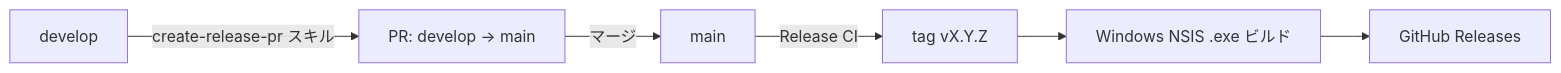
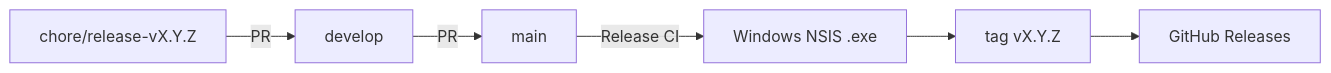
One commit to topea-3/craft-post-app changed the diagram in docs/project-setup/release-workflow.md. Above: the diagram before and after it, drawn with Mermaid. The commit also changed other lines of this file and 14 other files, not shown here.

First line of the commit message:
fix(release): address PR review on tagging and bump flow

````diff
--- a/docs/project-setup/release-workflow.md
+++ b/docs/project-setup/release-workflow.md
@@ -9,8 +9,8 @@
 ```mermaid
 flowchart LR
-  D[develop] -->|create-release-pr スキル| PR[PR: develop → main]
-  PR -->|マージ| M[main]
-  M -->|Release CI| T[tag vX.Y.Z]
-  T --> B[Windows NSIS .exe ビルド]
-  B --> R[GitHub Releases]
+  Bump[chore/release-vX.Y.Z] -->|PR| D[develop]
+  D -->|PR| M[main]
+  M -->|Release CI| Build[Windows NSIS .exe]
+  Build --> Tag[tag vX.Y.Z]
+  Tag --> R[GitHub Releases]
 ```
````
